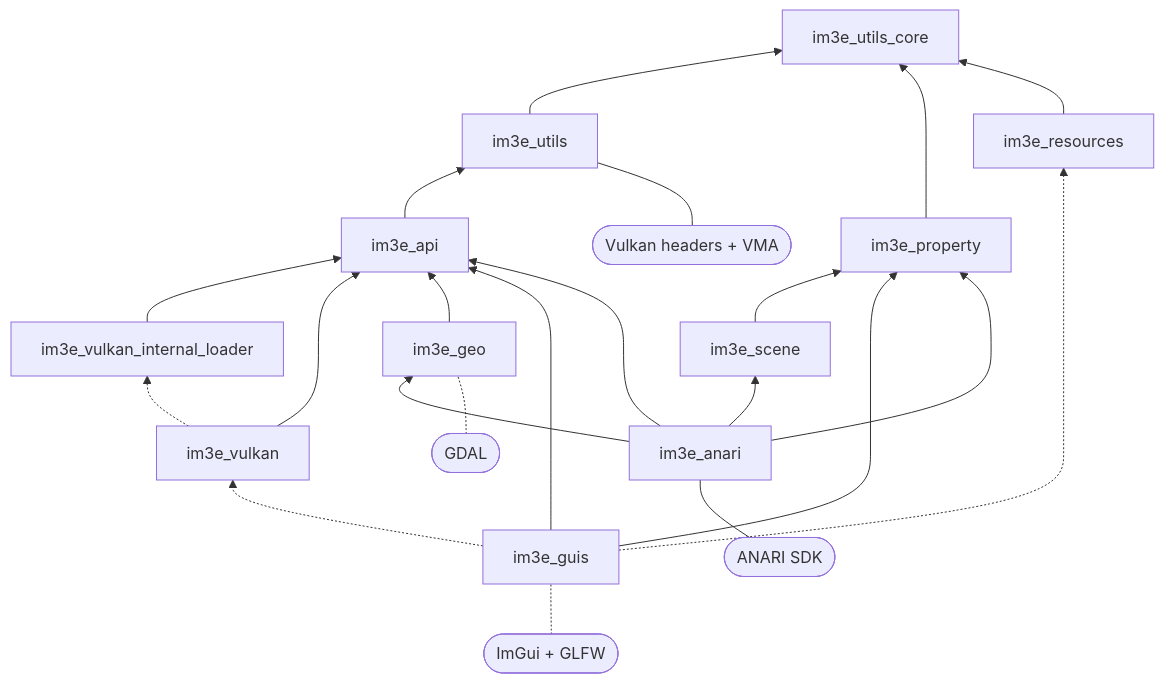
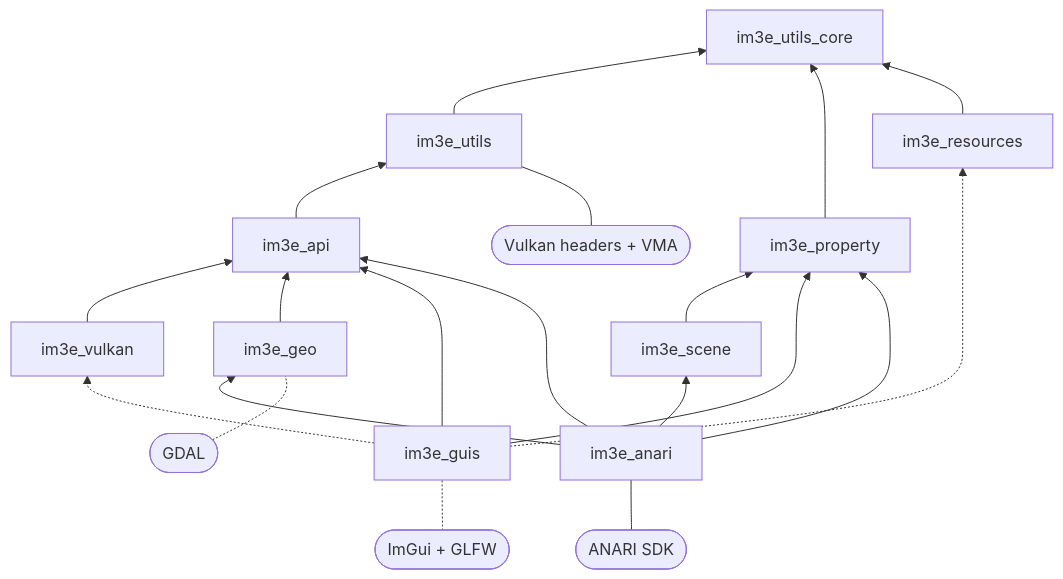
The first of 2 diagrams in docs/architecture/index.md (lmt-dev-inc/icymoon), drawn with Mermaid before and after one commit. The commit also changed other lines of this file and 27 other files, not shown here.

First line of the commit message:
#105: Moved loader code into im3e_vulkan

````diff
--- a/docs/architecture/index.md
+++ b/docs/architecture/index.md
@@ -73,37 +73,34 @@
 ```mermaid
 flowchart BT
     core[im3e_utils_core]
     props[im3e_property]
     utils[im3e_utils]
     api[im3e_api]
-    loader[im3e_vulkan_internal_loader]
     vulkan[im3e_vulkan]
     geo[im3e_geo]
     scene[im3e_scene]
     resources[im3e_resources]
     guis[im3e_guis]
     anari[im3e_anari]
 
     utils --> core
     props --> core
     resources --> core
     api --> utils
-    loader --> api
     vulkan --> api
-    vulkan -.-> loader
     geo --> api
     scene --> props
     guis --> api
     guis --> props
     guis -.-> vulkan
     guis -.-> resources
     anari --> api
     anari --> geo
     anari --> props
     anari --> scene
 
     gdal([GDAL]) -.- geo
     anarisdk([ANARI SDK]) --- anari
     imgui([ImGui + GLFW]) -.- guis
     vk([Vulkan headers + VMA]) --- utils
 ```
````
